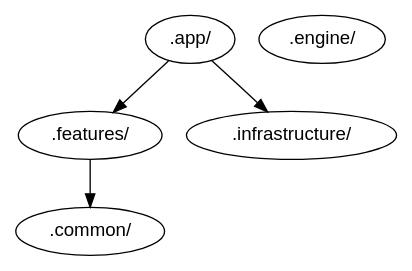
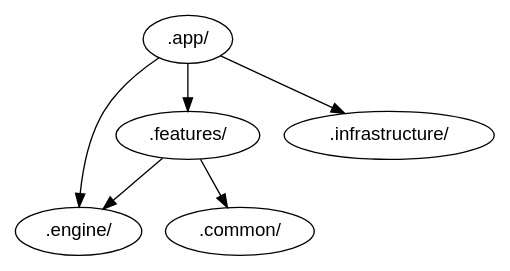
The diagram in docs/architecture/rings.dot (squliyev/bio-claim-check), drawn with Graphviz before and after one commit. The commit also changed 54 other files, not shown here.

```diff
--- a/docs/architecture/rings.dot
+++ b/docs/architecture/rings.dot
@@ -1,11 +1,13 @@
 digraph {
     node [fontname=helvetica]
     ".app" [label=".app/"]
     ".common" [label=".common/"]
     ".engine" [label=".engine/"]
     ".features" [label=".features/"]
     ".infrastructure" [label=".infrastructure/"]
+    ".app" ->  ".engine"
     ".app" ->  ".features"
     ".app" ->  ".infrastructure"
     ".features" ->  ".common"
+    ".features" ->  ".engine"
 }
```
